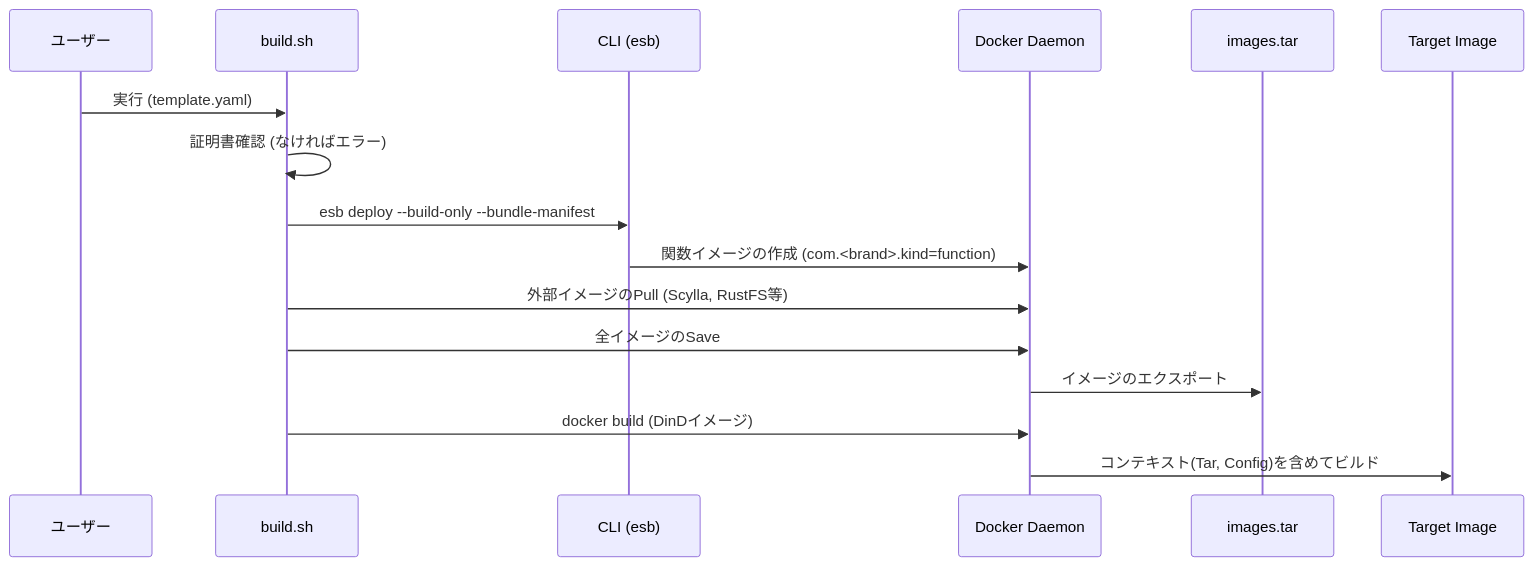
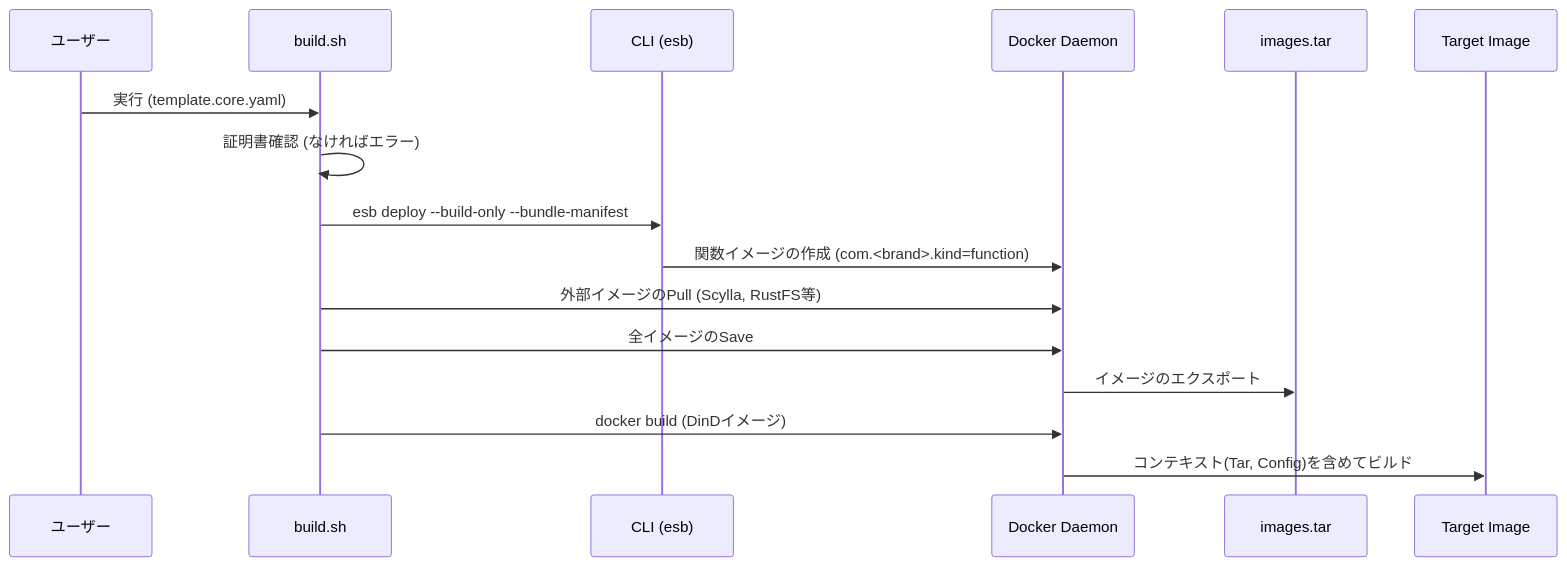
The first of 2 diagrams in tools/dind-bundler/README.md (poruru-code/esb), drawn with Mermaid before and after one commit. The commit also changed other lines of this file and 76 other files, not shown here.

````diff
--- a/tools/dind-bundler/README.md
+++ b/tools/dind-bundler/README.md
@@ -63,19 +63,19 @@
 ```mermaid
 sequenceDiagram
     participant User as ユーザー
     participant Script as build.sh
     participant CLI as CLI (esb)
     participant Docker as Docker Daemon
     participant Tar as images.tar
     participant Image as Target Image
 
-    User->>Script: 実行 (template.yaml)
+    User->>Script: 実行 (template.core.yaml)
     Script->>Script: 証明書確認 (なければエラー)
     Script->>CLI: esb deploy --build-only --bundle-manifest
     CLI->>Docker: 関数イメージの作成 (com.<brand>.kind=function)
     Script->>Docker: 外部イメージのPull (Scylla, RustFS等)
     Script->>Docker: 全イメージのSave
     Docker->>Tar: イメージのエクスポート
     Script->>Docker: docker build (DinDイメージ)
     Docker->>Image: コンテキスト(Tar, Config)を含めてビルド
 ```
````
